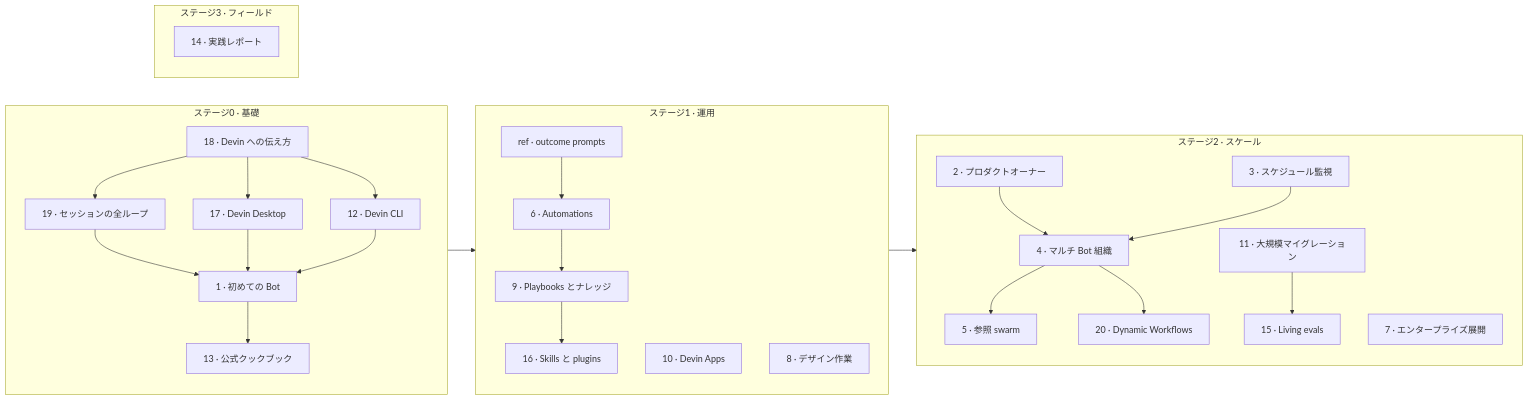
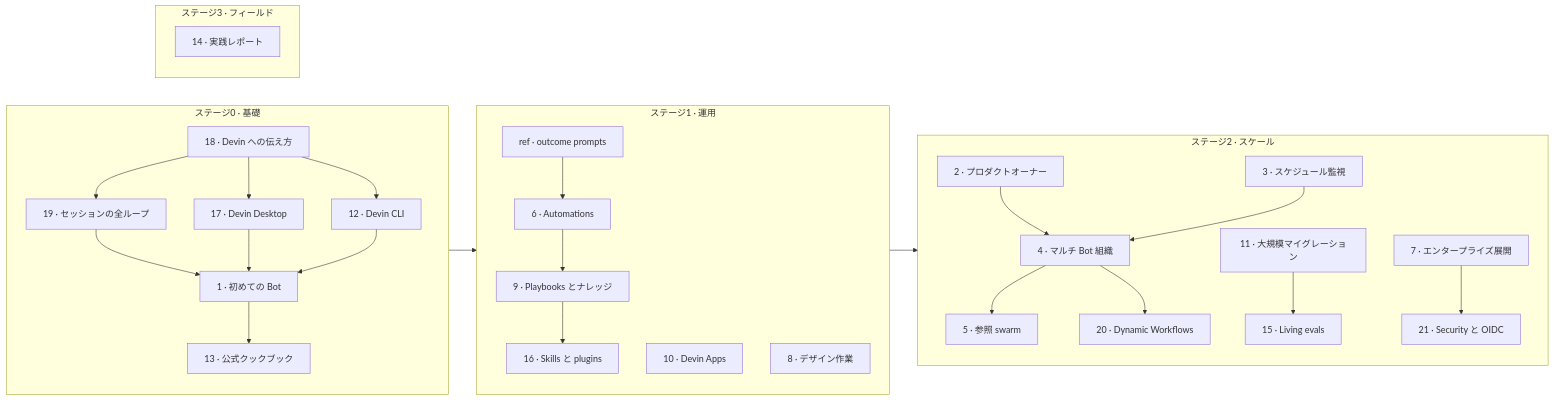
One commit to Till3005/build-with-devin changed the diagram in README.ja.md. Above: the diagram before and after it, drawn with Mermaid. The commit also changed other lines of this file and 7 other files, not shown here.

Commit message:
Add Security Profiles and Cloud OIDC guide

````diff
--- a/README.ja.md
+++ b/README.ja.md
@@ -27,31 +27,32 @@
 ```mermaid
 flowchart LR
     subgraph S0["ステージ0 · 基礎"]
       G18["18 · Devin への伝え方"] --> G17["17 · Devin Desktop"]
       G18 --> G12["12 · Devin CLI"]
       G18 --> G19["19 · セッションの全ループ"]
       G19 --> G1
       G17 --> G1["1 · 初めての Bot"]
       G12 --> G1
       G1 --> G13["13 · 公式クックブック"]
     end
     subgraph S1["ステージ1 · 運用"]
       GP["ref · outcome prompts"] --> G6["6 · Automations"]
       G6 --> G9["9 · Playbooks とナレッジ"]
       G9 --> G16["16 · Skills と plugins"]
       G10["10 · Devin Apps"]
       G8["8 · デザイン作業"]
     end
     subgraph S2["ステージ2 · スケール"]
       G2["2 · プロダクトオーナー"] --> G4["4 · マルチ Bot 組織"]
       G3["3 · スケジュール監視"] --> G4
       G4 --> G5["5 · 参照 swarm"]
       G11["11 · 大規模マイグレーション"] --> G15["15 · Living evals"]
       G7["7 · エンタープライズ展開"]
       G4 --> G20["20 · Dynamic Workflows"]
+      G7 --> G21["21 · Security と OIDC"]
     end
     subgraph S3["ステージ3 · フィールド"]
       G14["14 · 実践レポート"]
     end
     S0 --> S1 --> S2
 ```
````
